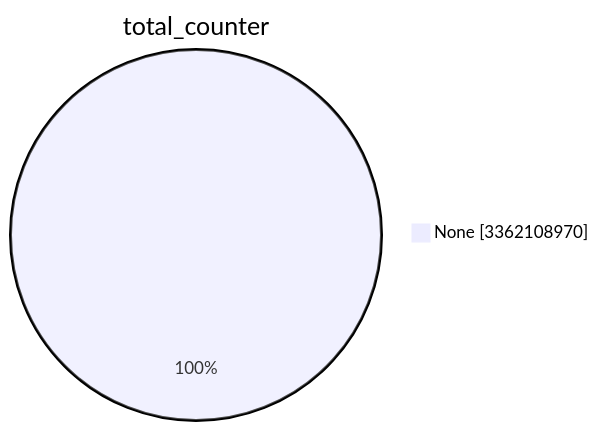
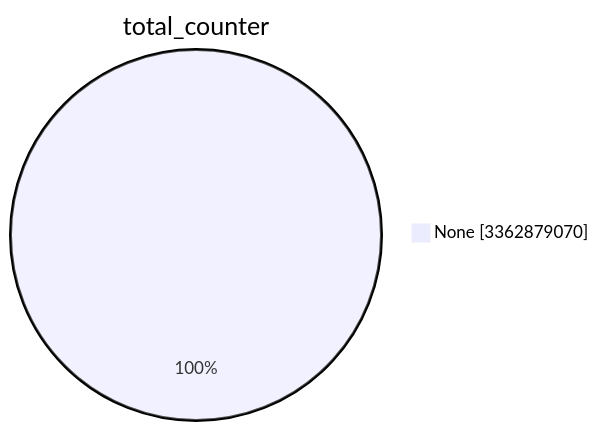
The first of 15 diagrams in TOTAL/README.md (christiankrug/ctmonitor_visualization), drawn with Mermaid before and after one commit. The commit also changed other lines of this file, not shown here.

````diff
--- a/TOTAL/README.md
+++ b/TOTAL/README.md
@@ -1,5 +1,5 @@
 ```mermaid
 pie showData
 title total_counter
-"None" :3362108970
+"None" :3362879070
 ```
````
